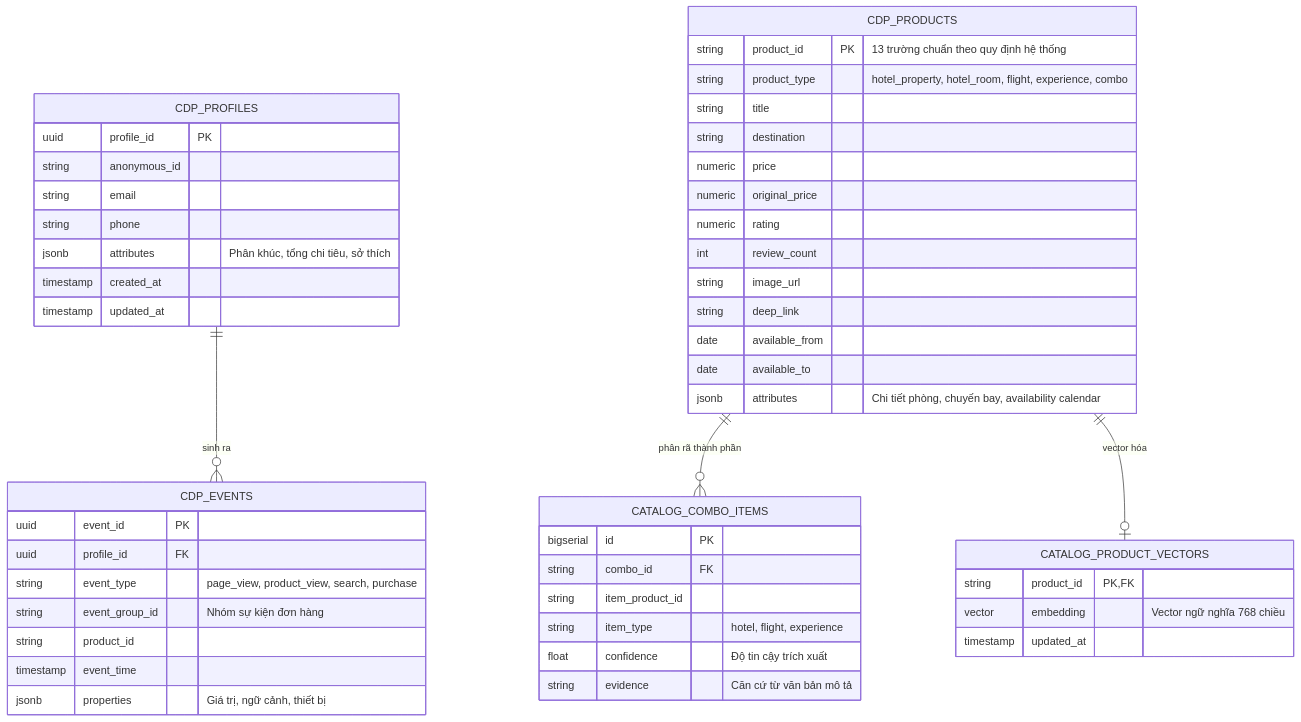
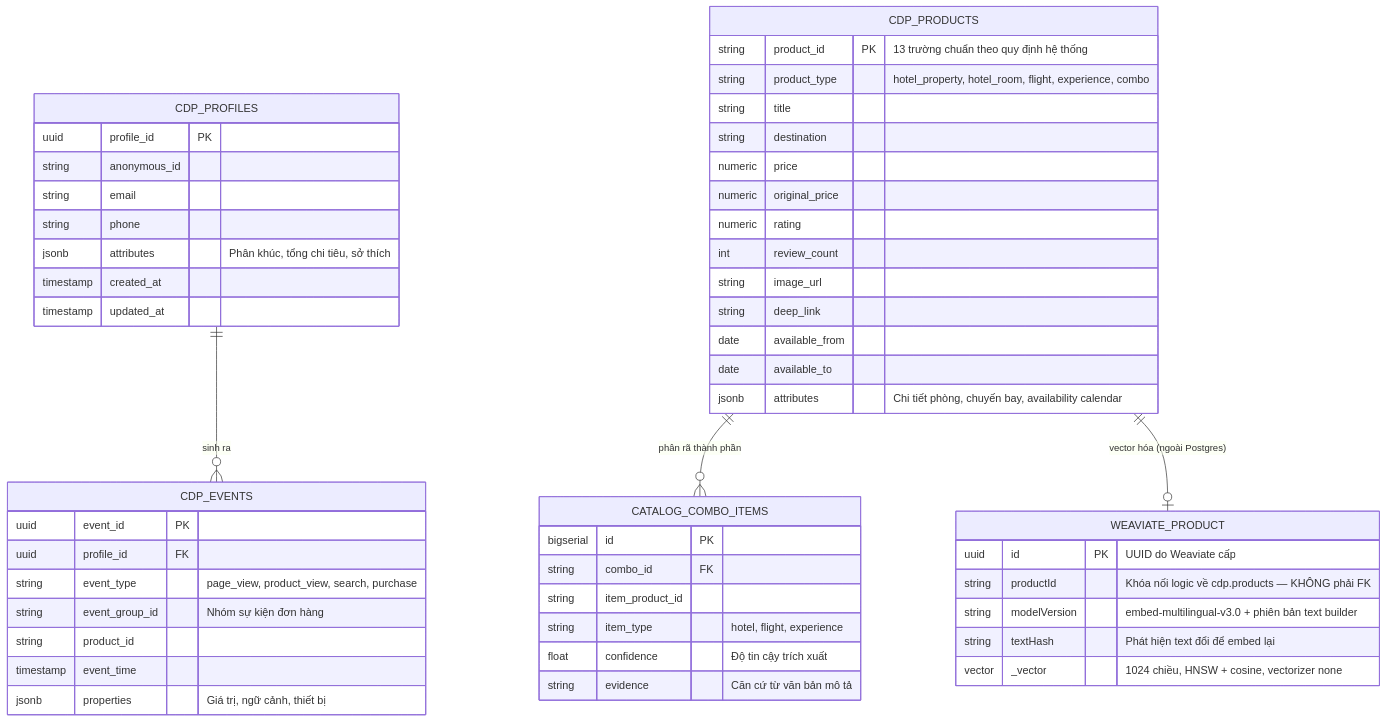
One commit to NguyenNhat4/Travel-Recommend-System changed the first of 2 diagrams in docs/prd/data-model.md. Above: the diagram before and after it, drawn with Mermaid. The commit also changed other lines of this file and 18 other files, not shown here.

Commit message:
refactor: migrate product vector store from pgvector to Weaviate using Cohere embeddings

````diff
--- a/docs/prd/data-model.md
+++ b/docs/prd/data-model.md
@@ -44,57 +53,59 @@
 ```mermaid
 erDiagram
     CDP_PROFILES ||--o{ CDP_EVENTS : "sinh ra"
     CDP_PRODUCTS ||--o{ CATALOG_COMBO_ITEMS : "phân rã thành phần"
-    CDP_PRODUCTS ||--o| CATALOG_PRODUCT_VECTORS : "vector hóa"
+    CDP_PRODUCTS ||--o| WEAVIATE_PRODUCT : "vector hóa (ngoài Postgres)"
 
     CDP_PROFILES {
         uuid profile_id PK
         string anonymous_id
         string email
         string phone
         jsonb attributes "Phân khúc, tổng chi tiêu, sở thích"
         timestamp created_at
         timestamp updated_at
     }
 
     CDP_EVENTS {
         uuid event_id PK
         uuid profile_id FK
         string event_type "page_view, product_view, search, purchase"
         string event_group_id "Nhóm sự kiện đơn hàng"
         string product_id
         timestamp event_time
         jsonb properties "Giá trị, ngữ cảnh, thiết bị"
     }
 
     CDP_PRODUCTS {
         string product_id PK "13 trường chuẩn theo quy định hệ thống"
         string product_type "hotel_property, hotel_room, flight, experience, combo"
         string title
         string destination
         numeric price
         numeric original_price
         numeric rating
         int review_count
         string image_url
         string deep_link
         date available_from
         date available_to
         jsonb attributes "Chi tiết phòng, chuyến bay, availability calendar"
     }
 
     CATALOG_COMBO_ITEMS {
         bigserial id PK
         string combo_id FK
         string item_product_id
         string item_type "hotel, flight, experience"
         float confidence "Độ tin cậy trích xuất"
         string evidence "Căn cứ từ văn bản mô tả"
     }
 
-    CATALOG_PRODUCT_VECTORS {
-        string product_id PK, FK
-        vector embedding "Vector ngữ nghĩa 768 chiều"
-        timestamp updated_at
+    WEAVIATE_PRODUCT {
+        uuid id PK "UUID do Weaviate cấp"
+        string productId "Khóa nối logic về cdp.products — KHÔNG phải FK"
+        string modelVersion "embed-multilingual-v3.0 + phiên bản text builder"
+        string textHash "Phát hiện text đổi để embed lại"
+        vector _vector "1024 chiều, HNSW + cosine, vectorizer none"
     }
 ```
````
